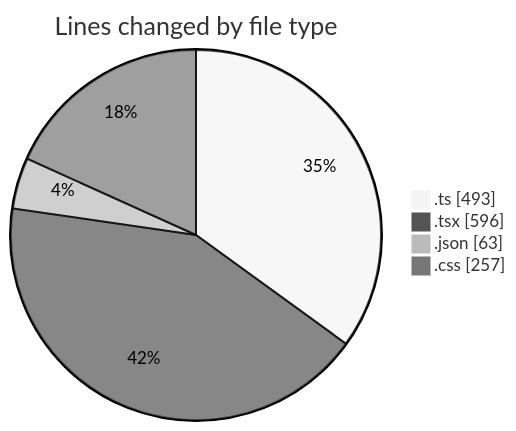
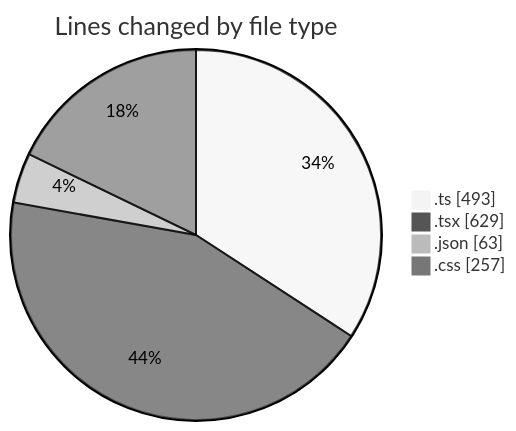
The first of 2 diagrams in 2025-11-24/eventscop-frontend-guide__workspace_/README.md (julien-gomy/code-tracking), drawn with Mermaid (neutral theme) before and after one commit. The commit also changed other lines of this file and 1 other file, not shown here.

````diff
--- a/2025-11-24/eventscop-frontend-guide__workspace_/README.md
+++ b/2025-11-24/eventscop-frontend-guide__workspace_/README.md
@@ -38,8 +38,8 @@
 ```mermaid
 pie showData
 title Lines changed by file type
 ".ts" : 493
-".tsx" : 596
+".tsx" : 629
 ".json" : 63
 ".css" : 257
 ```
````
